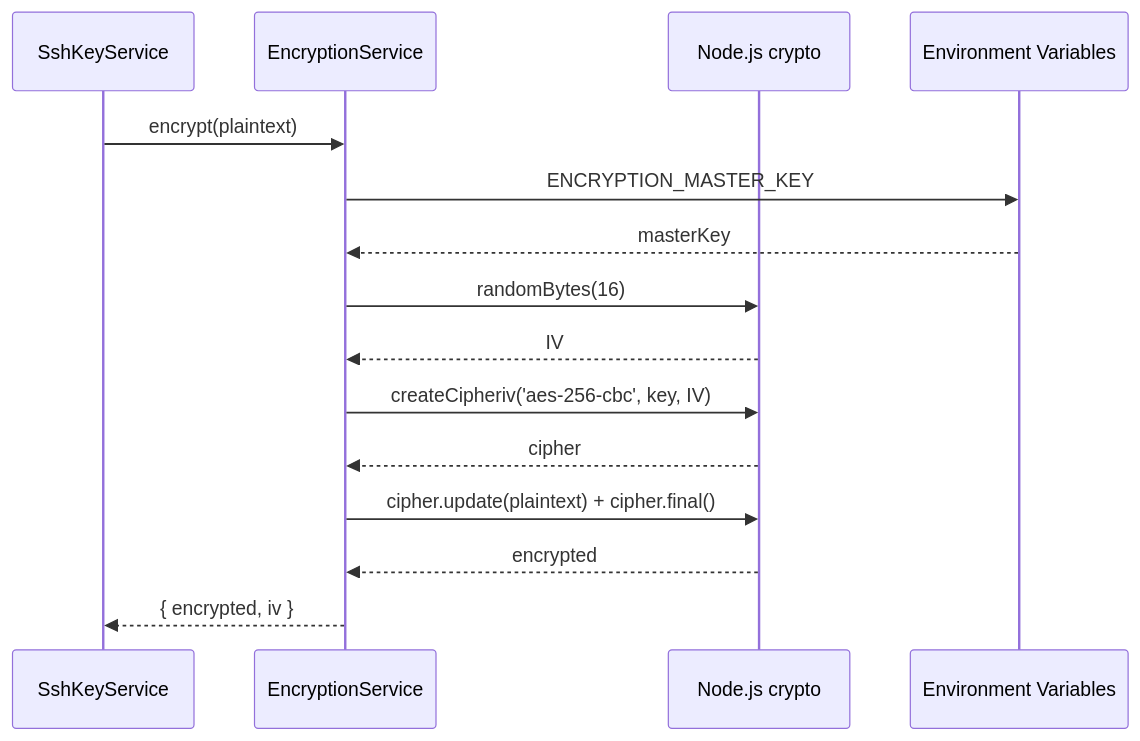
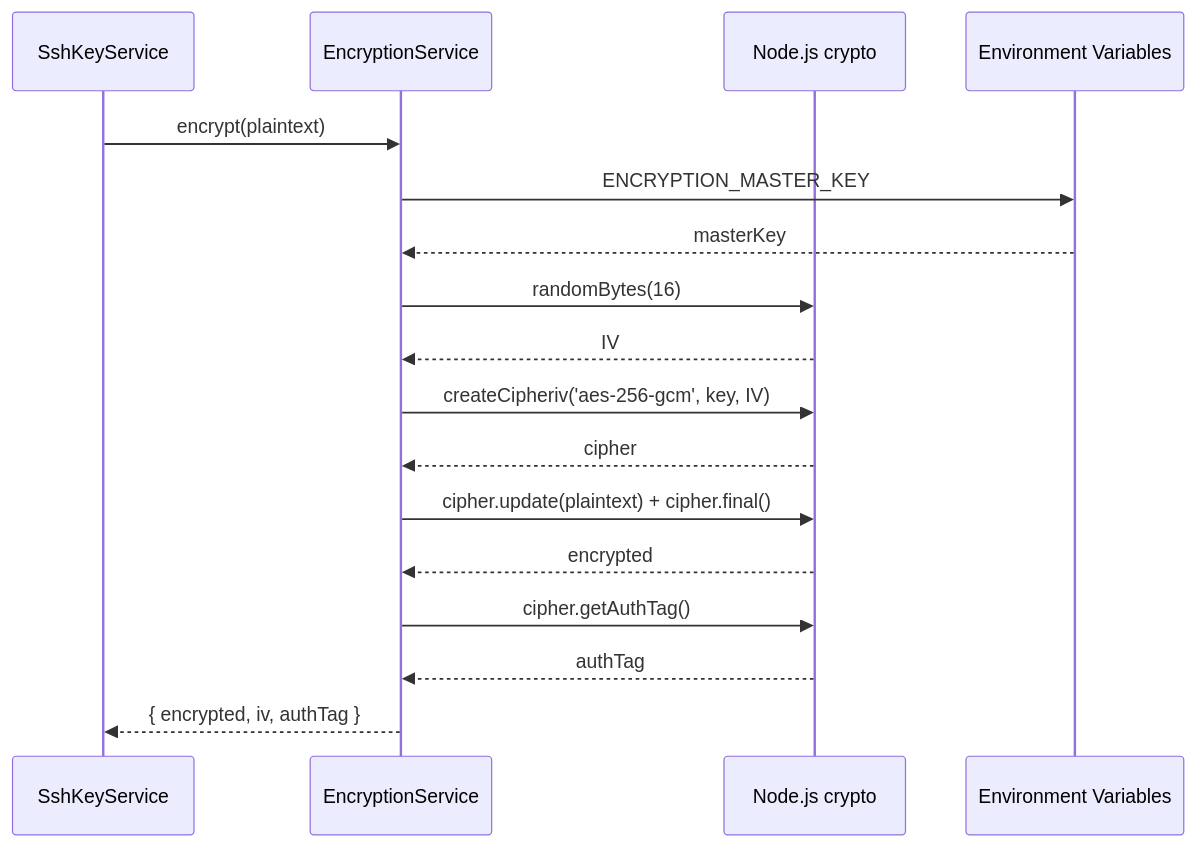
One commit to windschord/claude-work changed the diagram in docs/sdd/design/dev-tool-settings/components/encryption-service.md. Above: the diagram before and after it, drawn with Mermaid. The commit also changed other lines of this file and 11 other files, not shown here.

````diff
--- a/docs/sdd/design/dev-tool-settings/components/encryption-service.md
+++ b/docs/sdd/design/dev-tool-settings/components/encryption-service.md
@@ -98,18 +100,20 @@
 ```mermaid
 sequenceDiagram
     participant Client as SshKeyService
     participant Enc as EncryptionService
     participant Crypto as Node.js crypto
     participant Env as Environment Variables
 
     Client->>Enc: encrypt(plaintext)
     Enc->>Env: ENCRYPTION_MASTER_KEY
     Env-->>Enc: masterKey
     Enc->>Crypto: randomBytes(16)
     Crypto-->>Enc: IV
-    Enc->>Crypto: createCipheriv('aes-256-cbc', key, IV)
+    Enc->>Crypto: createCipheriv('aes-256-gcm', key, IV)
     Crypto-->>Enc: cipher
     Enc->>Crypto: cipher.update(plaintext) + cipher.final()
     Crypto-->>Enc: encrypted
-    Enc-->>Client: { encrypted, iv }
+    Enc->>Crypto: cipher.getAuthTag()
+    Crypto-->>Enc: authTag
+    Enc-->>Client: { encrypted, iv, authTag }
 ```
````
